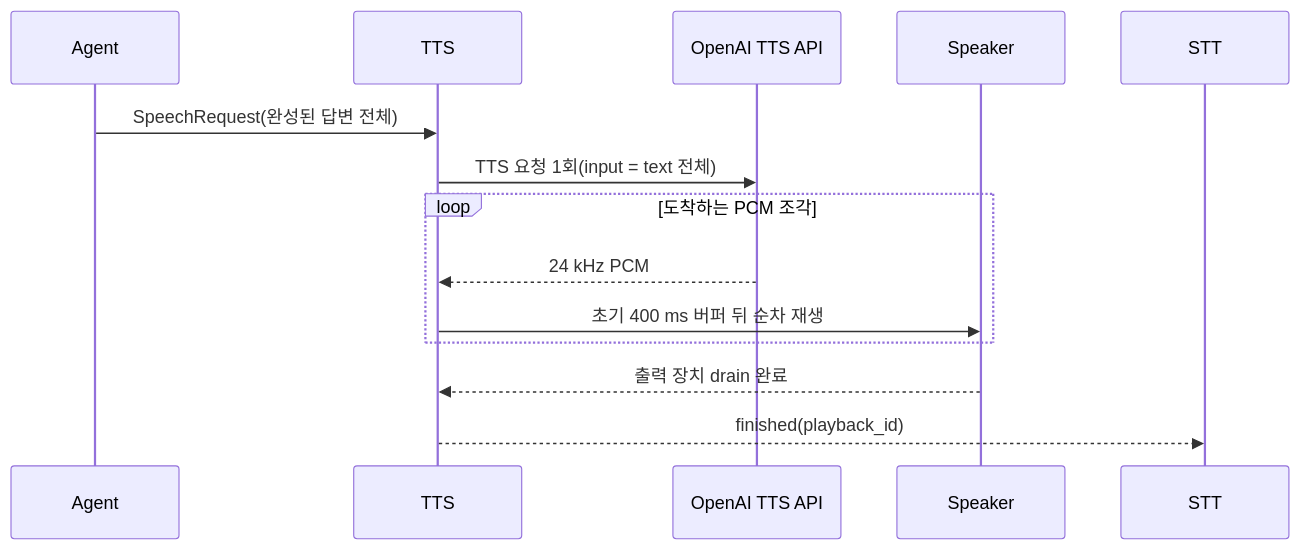
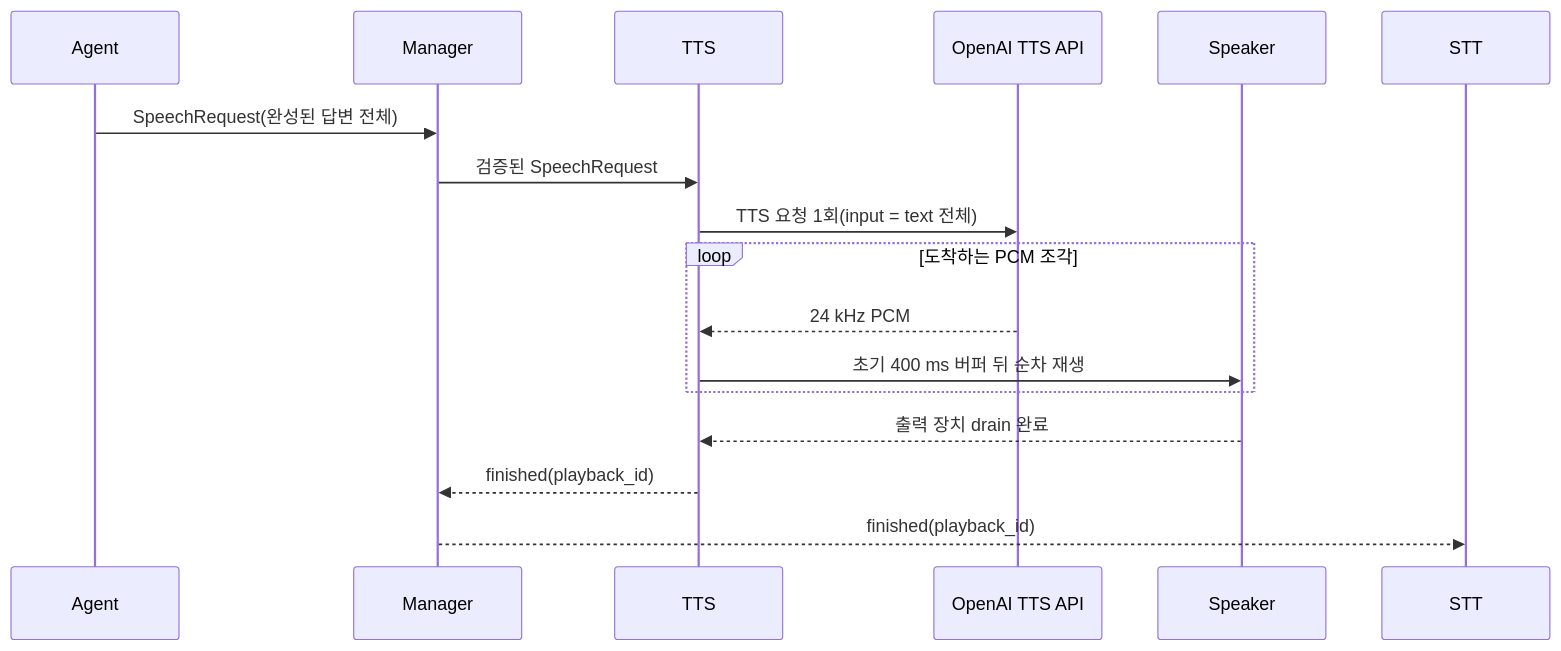
Before and after one commit to SWM-malbut/malbut: the second of 2 diagrams in malbut_test/malbut_tts/docs/tts_agent.md, drawn with Mermaid. The commit also changed other lines of this file and 49 other files, not shown here.

Commit message:
feat(SWM25-241): route speech execution through system manager

````diff
--- a/malbut_test/malbut_tts/docs/tts_agent.md
+++ b/malbut_test/malbut_tts/docs/tts_agent.md
@@ -89,17 +92,20 @@
 ```mermaid
 sequenceDiagram
     participant A as Agent
+    participant M as Manager
     participant T as TTS
     participant O as OpenAI TTS API
     participant P as Speaker
     participant S as STT
 
-    A->>T: SpeechRequest(완성된 답변 전체)
+    A->>M: SpeechRequest(완성된 답변 전체)
+    M->>T: 검증된 SpeechRequest
     T->>O: TTS 요청 1회(input = text 전체)
     loop 도착하는 PCM 조각
         O-->>T: 24 kHz PCM
         T->>P: 초기 400 ms 버퍼 뒤 순차 재생
     end
     P-->>T: 출력 장치 drain 완료
-    T-->>S: finished(playback_id)
+    T-->>M: finished(playback_id)
+    M-->>S: finished(playback_id)
 ```
````
